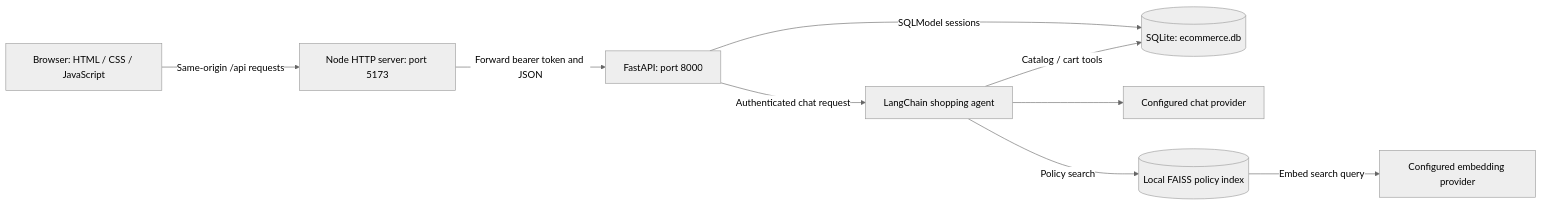
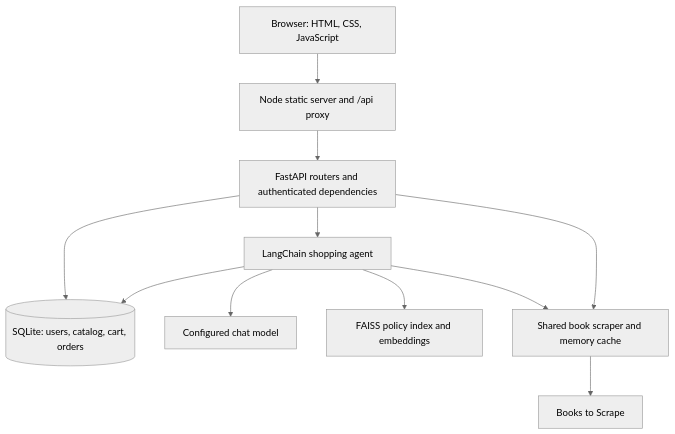
One commit to skillzee/Ecom-FastAPI-AI changed the first of 4 diagrams in output/project/Everyday-LLD.md. Above: the diagram before and after it, drawn with Mermaid (neutral theme). The commit also changed other lines of this file and 14 other files, not shown here.

````diff
--- a/output/project/Everyday-LLD.md
+++ b/output/project/Everyday-LLD.md
@@ -13,19 +13,14 @@
 ```mermaid
-flowchart LR
-    Browser[Browser: HTML / CSS / JavaScript]
-    Proxy[Node HTTP server: port 5173]
-    API[FastAPI: port 8000]
-    DB[(SQLite: ecommerce.db)]
-    Agent[LangChain shopping agent]
-    Model[Configured chat provider]
-    Index[(Local FAISS policy index)]
-    Embeddings[Configured embedding provider]
-    Browser -->|Same-origin /api requests| Proxy
-    Proxy -->|Forward bearer token and JSON| API
-    API -->|SQLModel sessions| DB
-    API -->|Authenticated chat request| Agent
-    Agent --> Model
-    Agent -->|Catalog / cart tools| DB
-    Agent -->|Policy search| Index
-    Index -->|Embed search query| Embeddings
+%% architecture
+flowchart TB
+    B[Browser: HTML, CSS, JavaScript] --> N[Node static server and /api proxy]
+    N --> A[FastAPI routers and authenticated dependencies]
+    A --> D[(SQLite: users, catalog, cart, orders)]
+    A --> G[LangChain shopping agent]
+    G --> D
+    G --> M[Configured chat model]
+    G --> F[FAISS policy index and embeddings]
+    A --> S[Shared book scraper and memory cache]
+    G --> S
+    S --> W[Books to Scrape]
 ```
````
